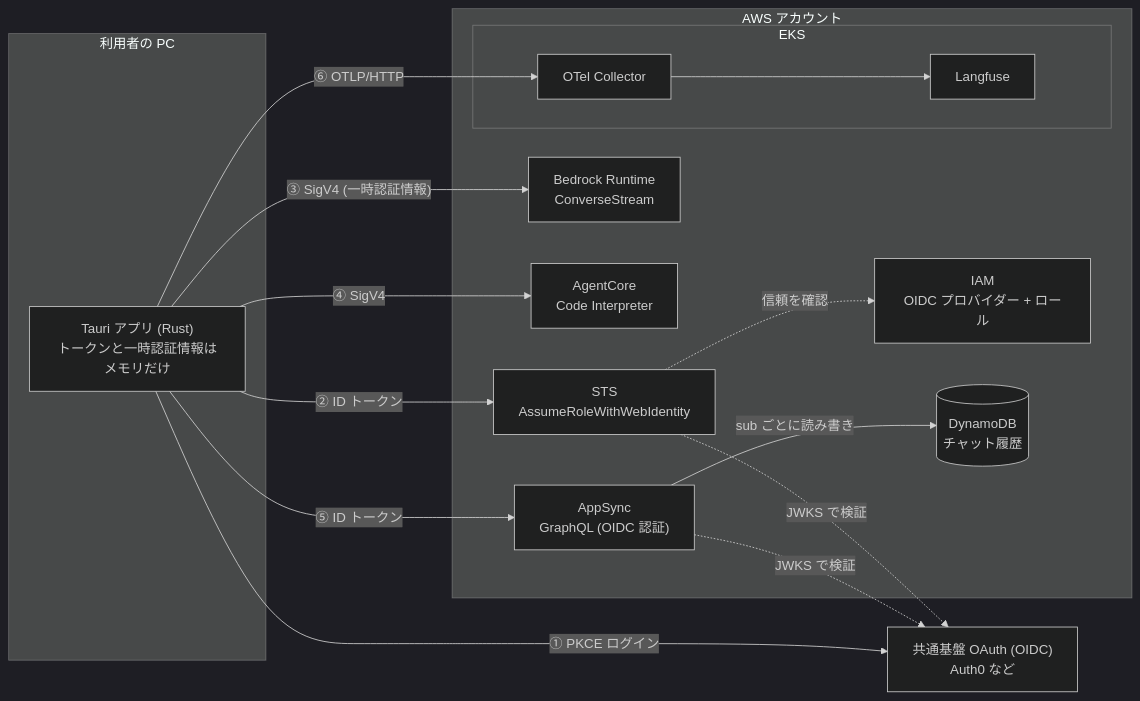
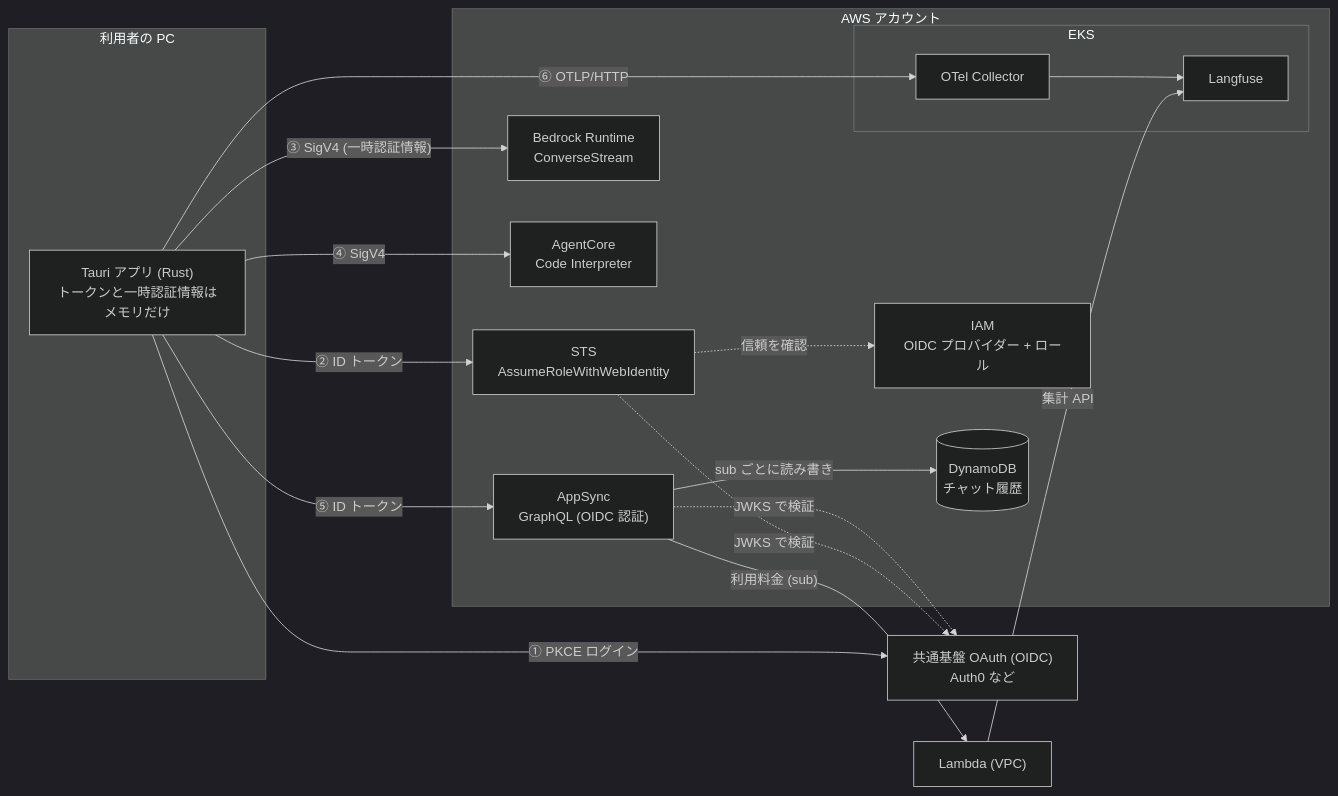
The diagram in README.md (T-T0821/agui-rig), drawn with Mermaid (dark theme) before and after one commit. The commit also changed other lines of this file and 8 other files, not shown here.

First line of the commit message:
Show the user's usage cost from Langfuse in the header

````diff
--- a/README.md
+++ b/README.md
@@ -47,30 +47,32 @@
 ```mermaid
 flowchart LR
   subgraph PC["利用者の PC"]
     App["Tauri アプリ (Rust)<br/>トークンと一時認証情報はメモリだけ"]
   end
   IdP["共通基盤 OAuth (OIDC)<br/>Auth0 など"]
   subgraph AWS["AWS アカウント"]
     STS["STS<br/>AssumeRoleWithWebIdentity"]
     IAM["IAM<br/>OIDC プロバイダー + ロール"]
     Bedrock["Bedrock Runtime<br/>ConverseStream"]
     CI["AgentCore<br/>Code Interpreter"]
     AppSync["AppSync<br/>GraphQL (OIDC 認証)"]
     DDB[("DynamoDB<br/>チャット履歴")]
     subgraph EKS["EKS"]
       Collector["OTel Collector"]
       Langfuse["Langfuse"]
     end
   end
   App -- "① PKCE ログイン" --> IdP
   App -- "② ID トークン" --> STS
   STS -. "信頼を確認" .-> IAM
   STS -. "JWKS で検証" .-> IdP
   App -- "③ SigV4 (一時認証情報)" --> Bedrock
   App -- "④ SigV4" --> CI
   App -- "⑤ ID トークン" --> AppSync
   AppSync -. "JWKS で検証" .-> IdP
   AppSync -- "sub ごとに読み書き" --> DDB
+  AppSync -- "利用料金 (sub)" --> Usage["Lambda (VPC)"]
+  Usage -- "集計 API" --> Langfuse
   App -- "⑥ OTLP/HTTP" --> Collector
   Collector --> Langfuse
 ```
````
